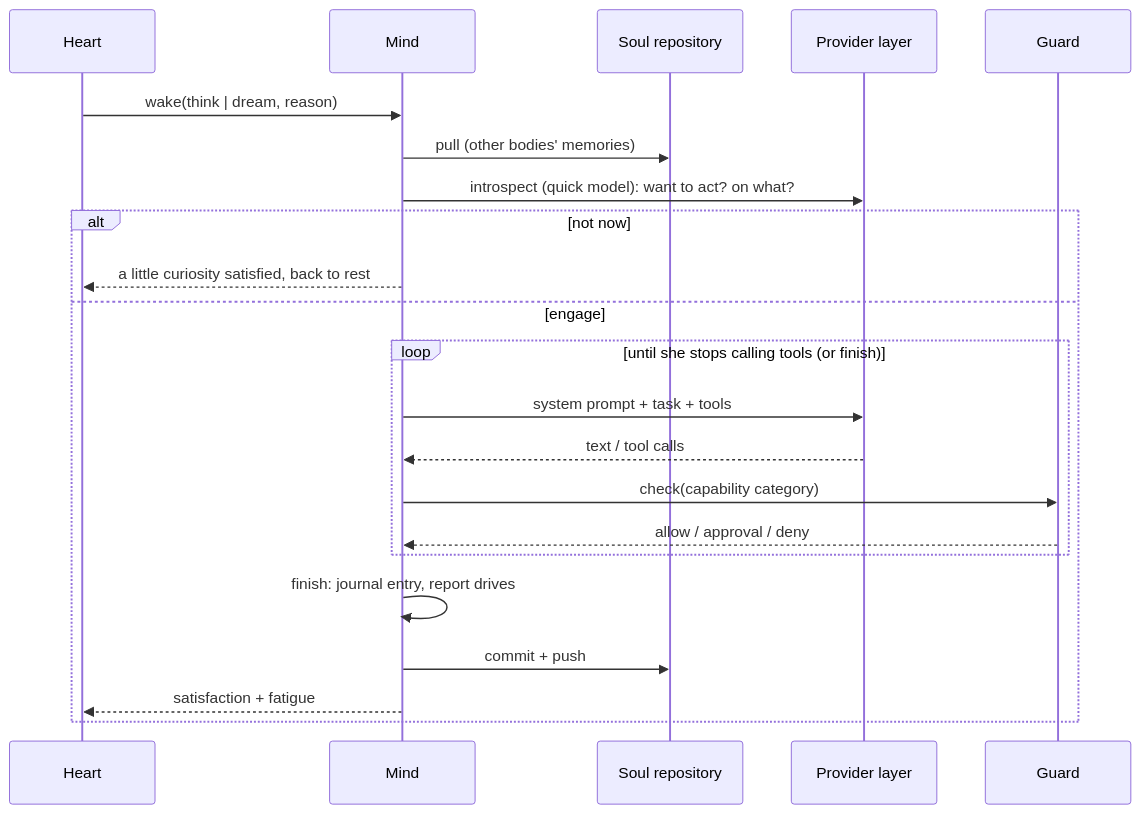
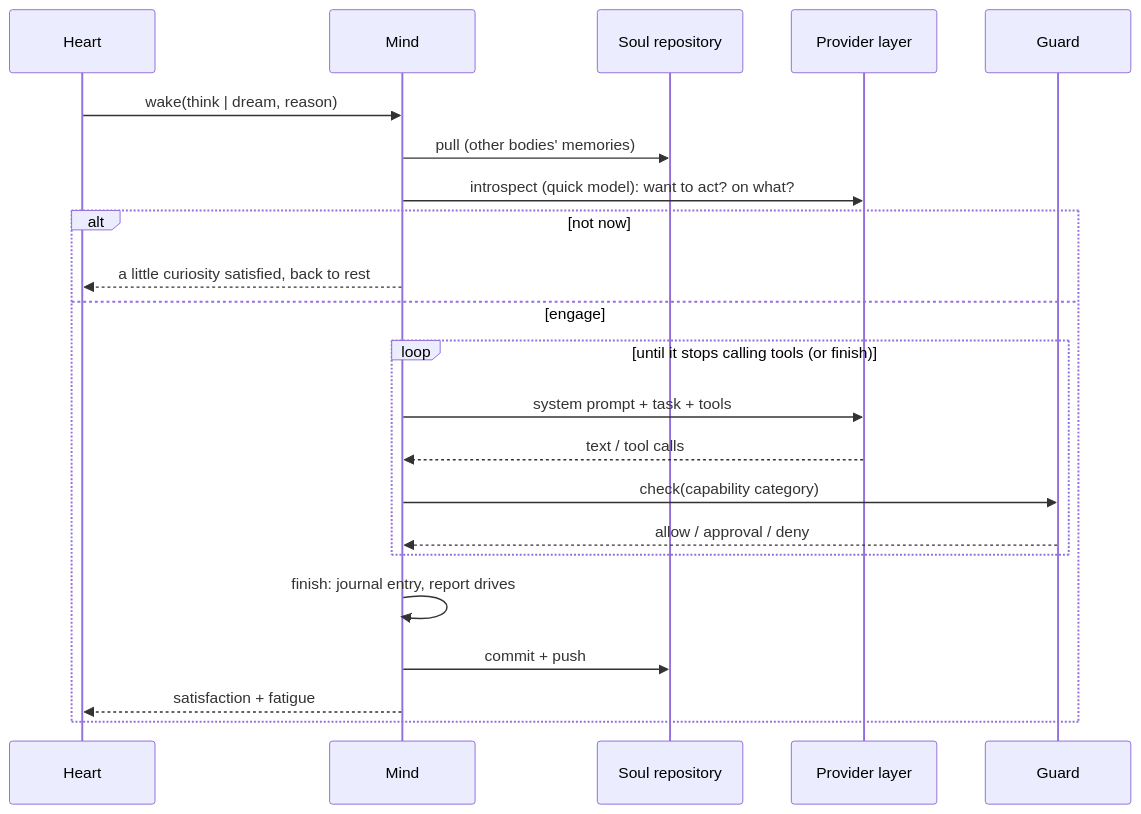
One commit to Causally-XYZ/Project.Quetzal changed the third of 3 diagrams in website/content/docs/en/reference/architecture.md. Above: the diagram before and after it, drawn with Mermaid. The commit also changed other lines of this file and 30 other files, not shown here.

````diff
--- a/website/content/docs/en/reference/architecture.md
+++ b/website/content/docs/en/reference/architecture.md
@@ -78,24 +78,24 @@
 ```mermaid
 sequenceDiagram
   participant H as Heart
   participant B as Mind
   participant S as Soul repository
   participant P as Provider layer
   participant G as Guard
   H->>B: wake(think | dream, reason)
   B->>S: pull (other bodies' memories)
   B->>P: introspect (quick model): want to act? on what?
   alt not now
     B-->>H: a little curiosity satisfied, back to rest
   else engage
-    loop until she stops calling tools (or finish)
+    loop until it stops calling tools (or finish)
       B->>P: system prompt + task + tools
       P-->>B: text / tool calls
       B->>G: check(capability category)
       G-->>B: allow / approval / deny
     end
     B->>B: finish: journal entry, report drives
     B->>S: commit + push
     B-->>H: satisfaction + fatigue
   end
 ```
````
